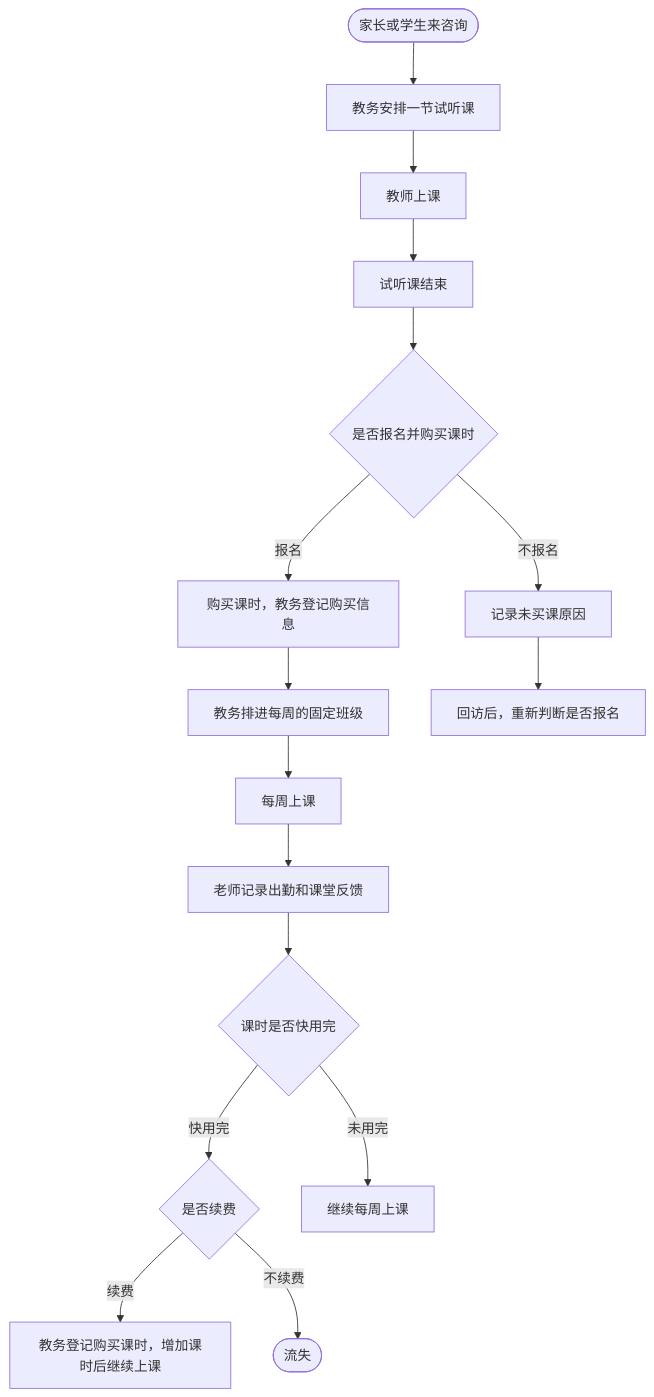
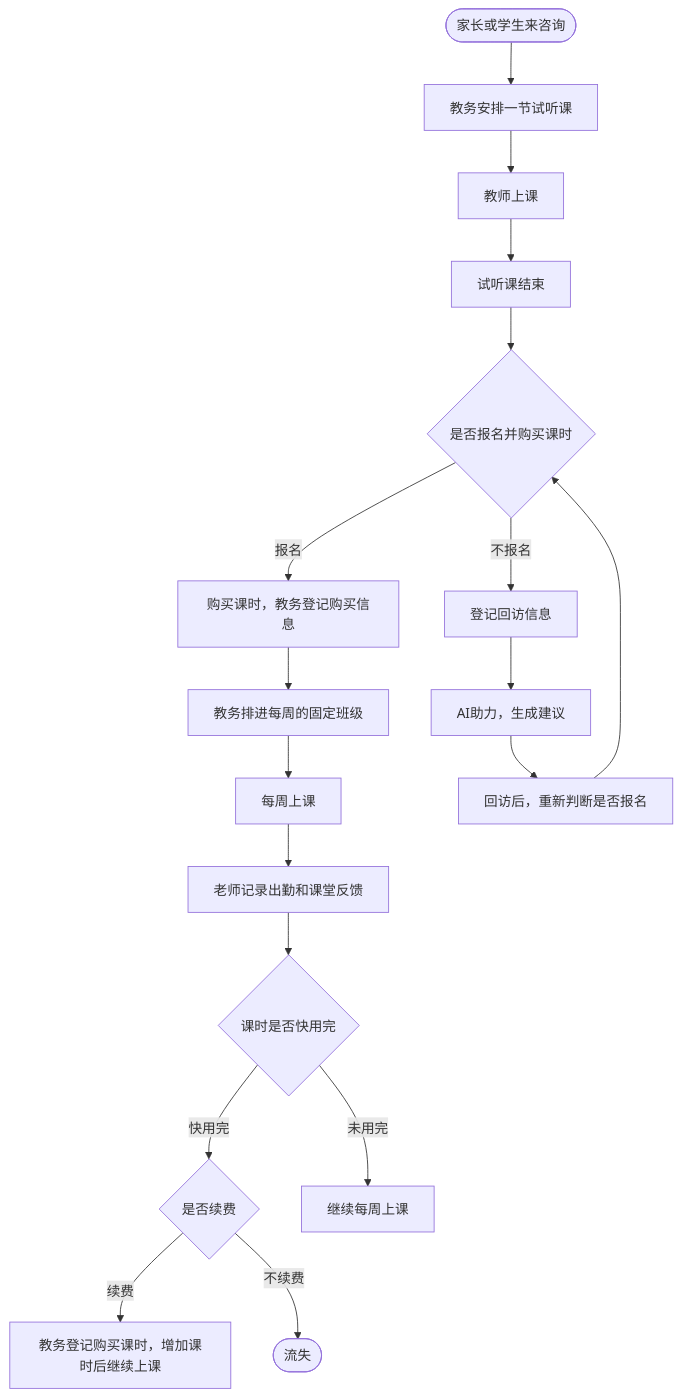
Before and after one commit to zchh/student-manage: the diagram in DESIGN.md, drawn with Mermaid. The commit also changed other lines of this file and 15 other files, not shown here.

````diff
--- a/DESIGN.md
+++ b/DESIGN.md
@@ -6,18 +6,20 @@
 ```mermaid
 flowchart TD
     A([家长或学生来咨询]) --> B[教务安排一节试听课]
     B --> C[教师上课]
     C --> C1[试听课结束]
     C1 --> D{是否报名并购买课时}
     D -->|报名| F[购买课时，教务登记购买信息]
     F --> G[教务排进每周的固定班级]
     G --> H[每周上课]
     H --> I[老师记录出勤和课堂反馈]
     I --> J{课时是否快用完}
     J -->|快用完| K{是否续费}
     K -->|续费| L[教务登记购买课时，增加课时后继续上课]
     K -->|不续费| M([流失])
     J -->|未用完| H2[继续每周上课]
-    D -->|不报名| E[记录未买课原因]
-    E --> R[回访后，重新判断是否报名]
+    D -->|不报名| E[登记回访信息]
+    E --> S[AI助力，生成建议]
+    S --> R[回访后，重新判断是否报名]
+    R --> D
 ```
````
